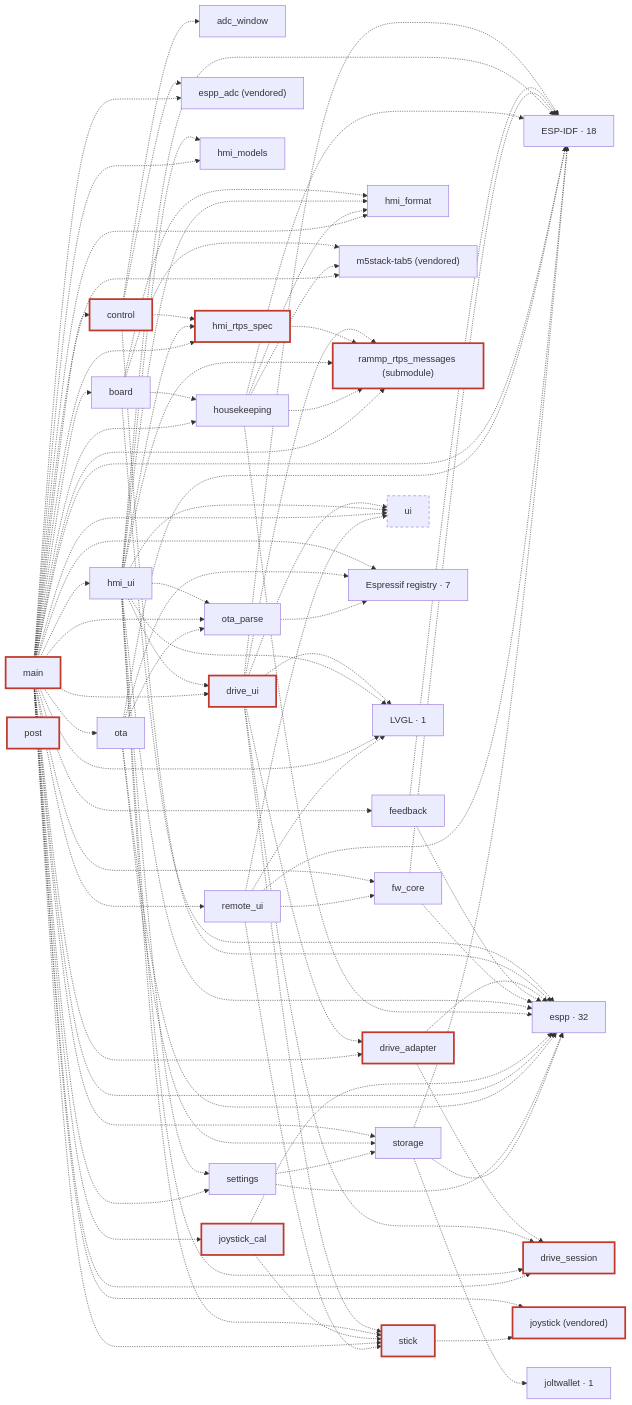
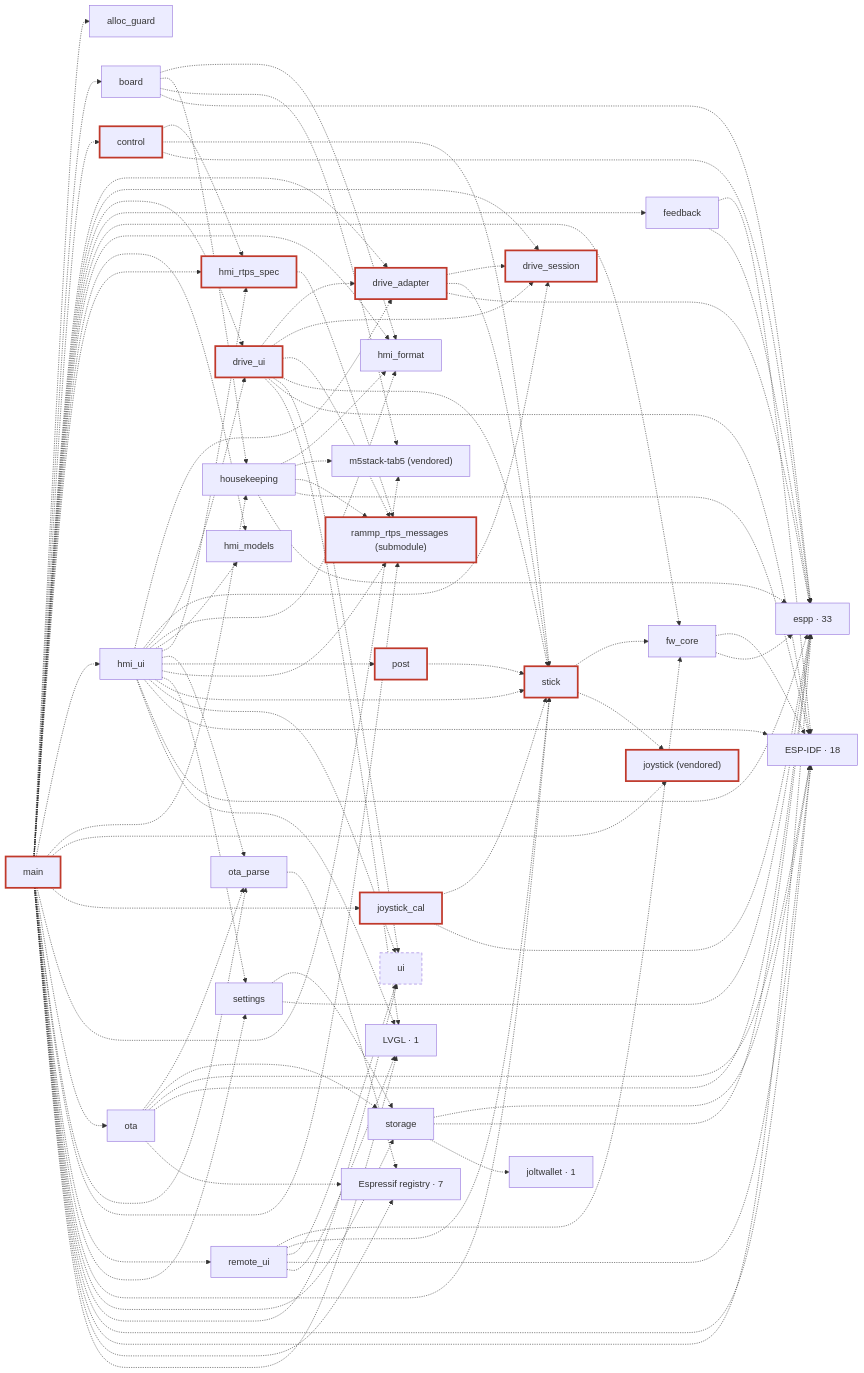
One commit to rammp-org/pace-hmi-fw changed the third of 3 diagrams in docs/architecture.md. Above: the diagram before and after it, drawn with Mermaid. The commit also changed other lines of this file and 34 other files, not shown here.

````diff
--- a/docs/architecture.md
+++ b/docs/architecture.md
@@ -165,12 +165,11 @@
 ```mermaid
 flowchart LR
-  c_adc_window["adc_window"]
+  c_alloc_guard["alloc_guard"]
   c_board["board"]
   c_control["control"]:::safety
   c_drive_adapter["drive_adapter"]:::safety
   c_drive_session["drive_session"]:::safety
   c_drive_ui["drive_ui"]:::safety
-  c_espp_adc["espp_adc (vendored)"]
   c_feedback["feedback"]
   c_fw_core["fw_core"]
   c_hmi_format["hmi_format"]
@@ -192,7 +191,7 @@
   c_storage["storage"]
   c_ui["ui"]:::gen
   g_ESP_IDF["ESP-IDF · 18"]
-  g_espp["espp · 32"]
+  g_espp["espp · 33"]
   g_Espressif_registry["Espressif registry · 7"]
   g_joltwallet["joltwallet · 1"]
   g_LVGL["LVGL · 1"]
@@ -200,11 +199,11 @@
   c_board -.-> c_housekeeping
   c_board -.-> c_m5stack_tab5
   c_board -.-> g_espp
-  c_control -.-> c_adc_window
-  c_control -.-> c_espp_adc
   c_control -.-> c_hmi_rtps_spec
+  c_control -.-> c_stick
   c_control -.-> g_espp
   c_drive_adapter -.-> c_drive_session
+  c_drive_adapter -.-> c_stick
   c_drive_adapter -.-> g_espp
   c_drive_ui -.-> c_drive_adapter
   c_drive_ui -.-> c_drive_session
@@ -218,12 +217,14 @@
   c_fw_core -.-> g_ESP_IDF
   c_fw_core -.-> g_espp
   c_hmi_rtps_spec -.-> c_rammp_rtps_messages
+  c_hmi_ui -.-> c_drive_adapter
   c_hmi_ui -.-> c_drive_session
   c_hmi_ui -.-> c_drive_ui
   c_hmi_ui -.-> c_hmi_format
   c_hmi_ui -.-> c_hmi_models
   c_hmi_ui -.-> c_hmi_rtps_spec
   c_hmi_ui -.-> c_ota_parse
+  c_hmi_ui -.-> c_post
   c_hmi_ui -.-> c_rammp_rtps_messages
   c_hmi_ui -.-> c_settings
   c_hmi_ui -.-> c_stick
@@ -238,12 +239,12 @@
   c_housekeeping -.-> g_espp
   c_joystick_cal -.-> c_stick
   c_joystick_cal -.-> g_espp
+  c_main -.-> c_alloc_guard
   c_main -.-> c_board
   c_main -.-> c_control
   c_main -.-> c_drive_adapter
   c_main -.-> c_drive_session
   c_main -.-> c_drive_ui
-  c_main -.-> c_espp_adc
   c_main -.-> c_feedback
   c_main -.-> c_fw_core
   c_main -.-> c_hmi_format
@@ -272,6 +273,7 @@
   c_ota -.-> g_espp
   c_ota -.-> g_Espressif_registry
   c_ota_parse -.-> g_Espressif_registry
+  c_post -.-> c_stick
   c_remote_ui -.-> c_fw_core
   c_remote_ui -.-> c_stick
   c_remote_ui -.-> c_ui
@@ -279,6 +281,7 @@
   c_remote_ui -.-> g_LVGL
   c_settings -.-> c_storage
   c_settings -.-> g_espp
+  c_stick -.-> c_fw_core
   c_stick -.-> c_joystick
   c_storage -.-> g_ESP_IDF
   c_storage -.-> g_espp
````
